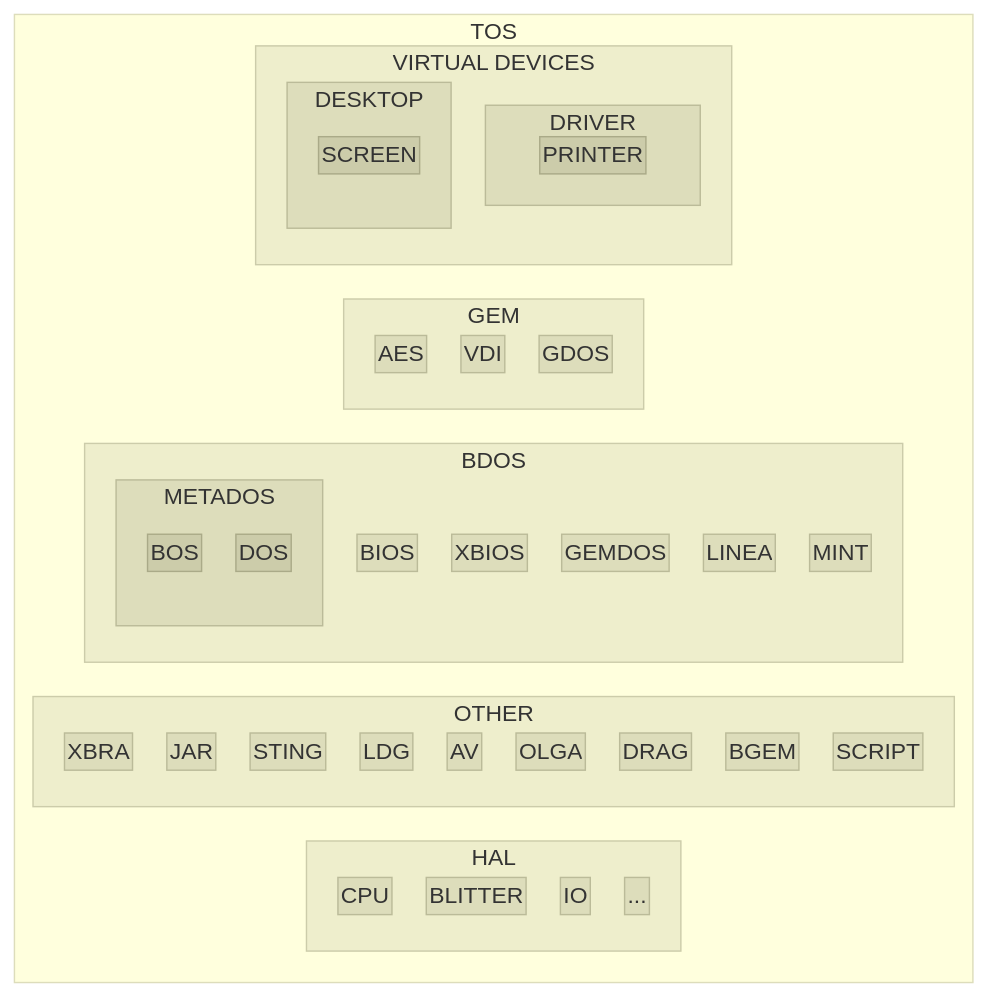
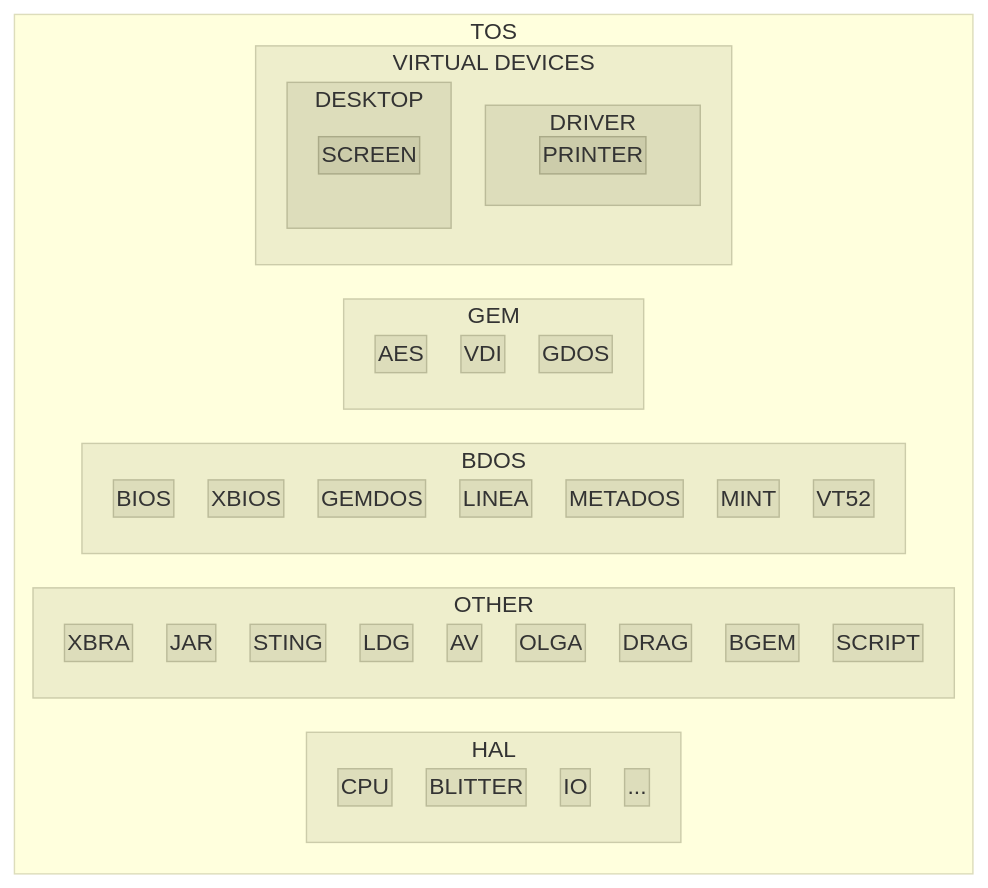
One commit to Kochise/atari-tos changed the diagram in README.md. Above: the diagram before and after it, drawn with Mermaid. The commit also changed other lines of this file, not shown here.

```diff
--- a/README.md
+++ b/README.md
@@ -307,11 +310,9 @@
 			XBIOS
 			GEMDOS
 			LINEA
-			subgraph METADOS
-				BOS
-				DOS
-			end
+			METADOS
 			MINT
+			VT52
 		end
 		subgraph GEM
 			AES
@@ -350,9 +351,8 @@
 	click GEMDOS "https://github.com/Kochise/atari-tos/tree/master/doc/BDOS/GEMDOS" _blank
 	click LINEA "https://github.com/Kochise/atari-tos/tree/master/doc/BDOS/LINEA" _blank
 	click METADOS "https://github.com/Kochise/atari-tos/tree/master/doc/BDOS/METADOS" _blank
-	click METADOS "https://github.com/Kochise/atari-tos/tree/master/doc/BDOS/METADOS/BOS" _blank
-	click METADOS "https://github.com/Kochise/atari-tos/tree/master/doc/BDOS/METADOS/DOS" _blank
 	click MINT "https://github.com/Kochise/atari-tos/tree/master/doc/BDOS/MINT" _blank
+	click VT52 "https://github.com/Kochise/atari-tos/tree/master/doc/BDOS/VT52" _blank
 
 	click GEM "https://github.com/Kochise/atari-tos/tree/master/doc/GEM" _blank
 	click AES "https://github.com/Kochise/atari-tos/tree/master/doc/GEM/AES" _blank
@@ -395,9 +395,8 @@
 	class GEMDOS lvl2
 	class LINEA lvl2
 	class METADOS lvl2
-	class BOS lvl3
-	class DOS lvl3
 	class MINT lvl2
+	class VT52 lvl2
 
 	class GEM lvl1
 	class AES lvl2
```
